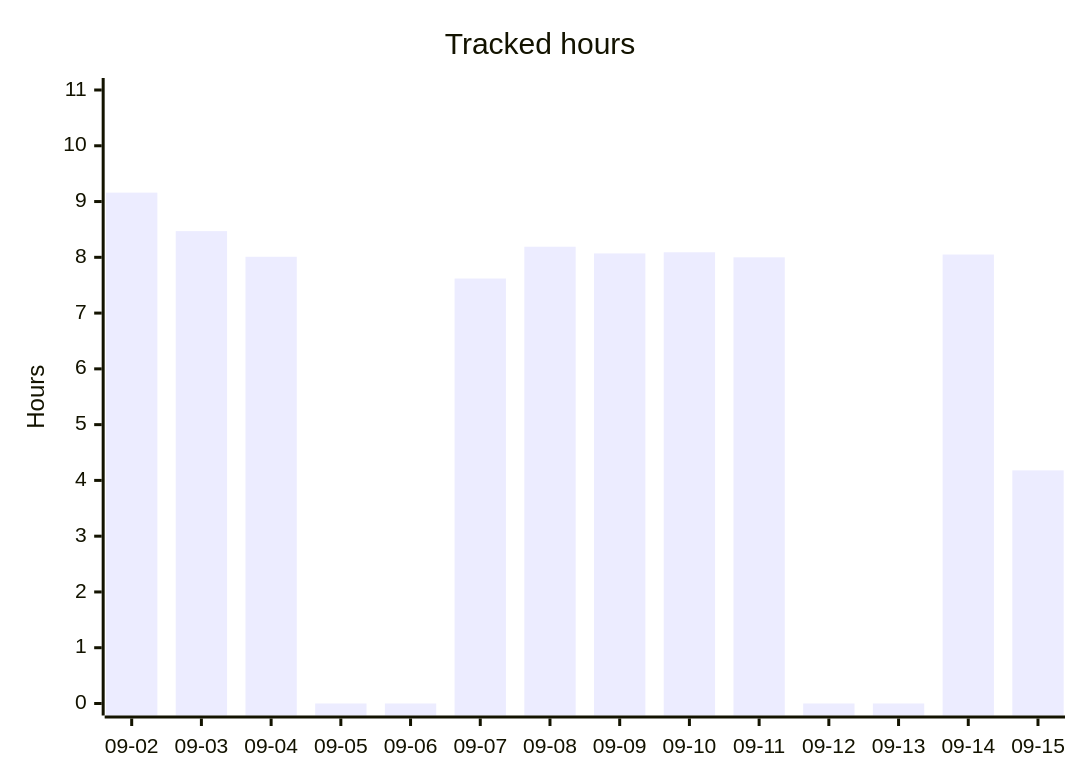
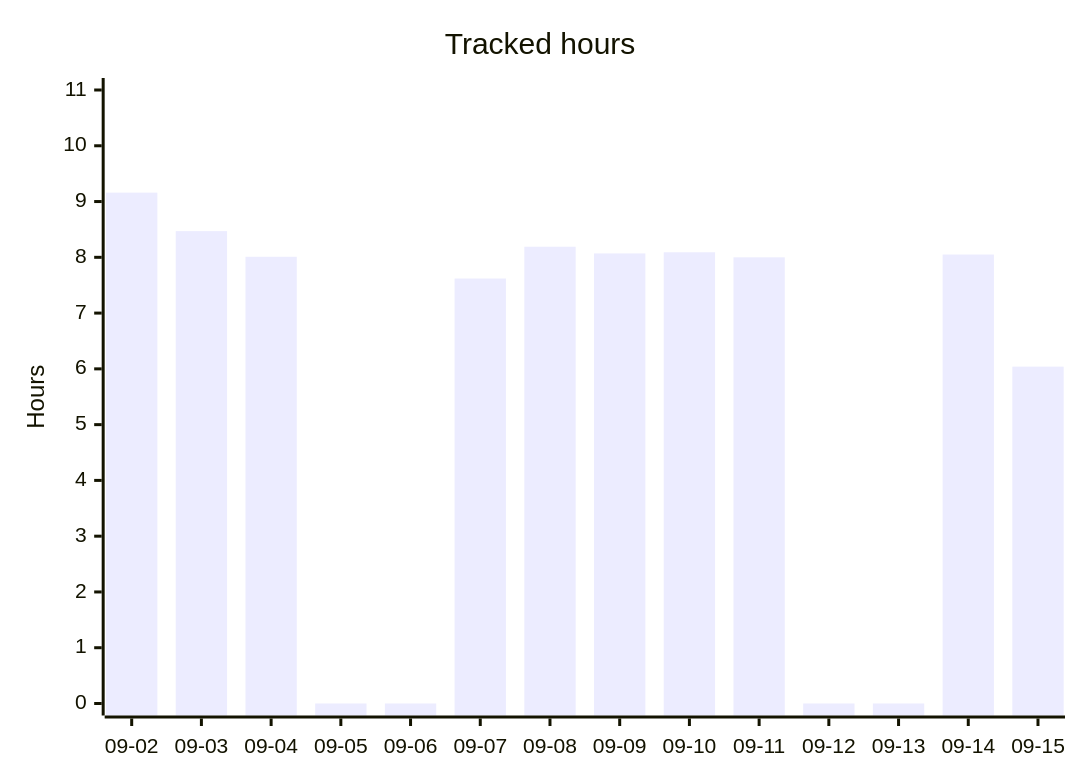
One commit to albinforsberg-netizen/timeclock changed the second of 5 diagrams in README.org. Above: the diagram before and after it, drawn with Mermaid. The commit also changed other lines of this file, not shown here.

```diff
--- a/README.org
+++ b/README.org
@@ -96,7 +96,7 @@
 #+begin_src mermaid
 xychart-beta
     title "Tracked hours"
     x-axis ["09-02", "09-03", "09-04", "09-05", "09-06", "09-07", "09-08", "09-09", "09-10", "09-11", "09-12", "09-13", "09-14", "09-15"]
     y-axis "Hours" 0 --> 11
-    bar [9.16, 8.47, 8.01, 0.00, 0.00, 7.62, 8.19, 8.07, 8.09, 8.00, 0.00, 0.00, 8.05, 4.18]
+    bar [9.16, 8.47, 8.01, 0.00, 0.00, 7.62, 8.19, 8.07, 8.09, 8.00, 0.00, 0.00, 8.05, 6.04]
 #+end_src
```
